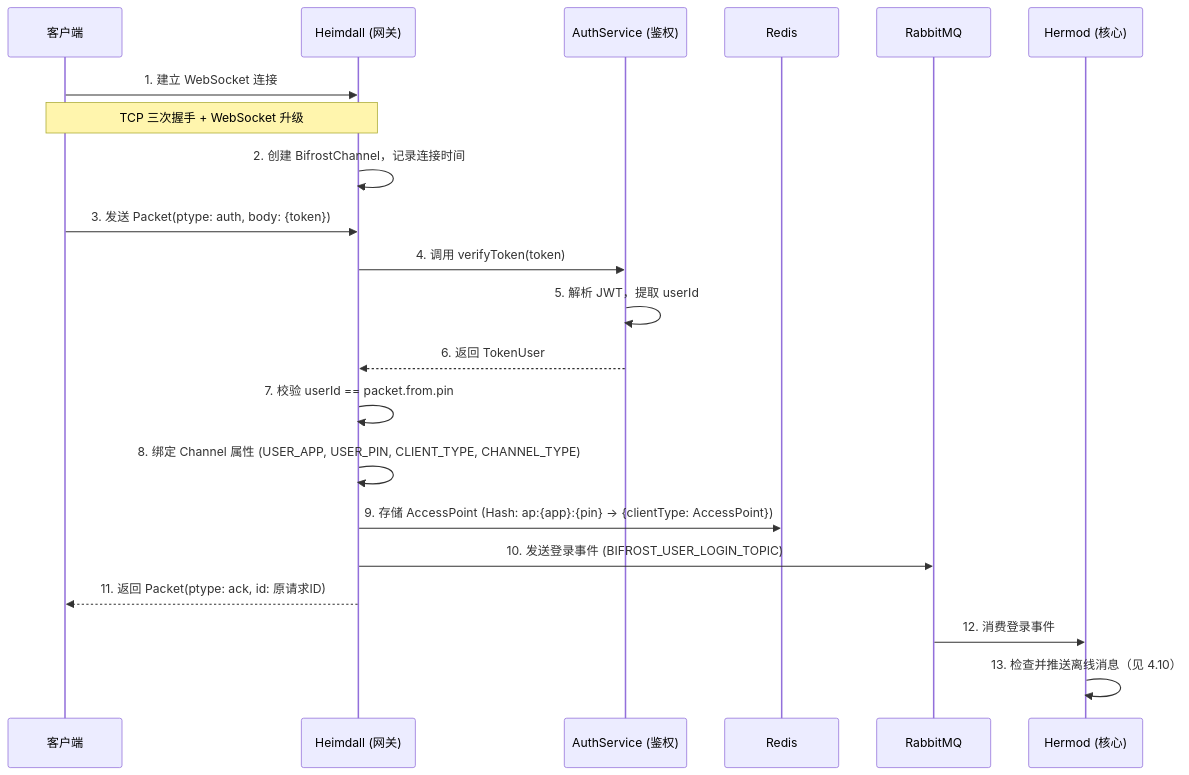
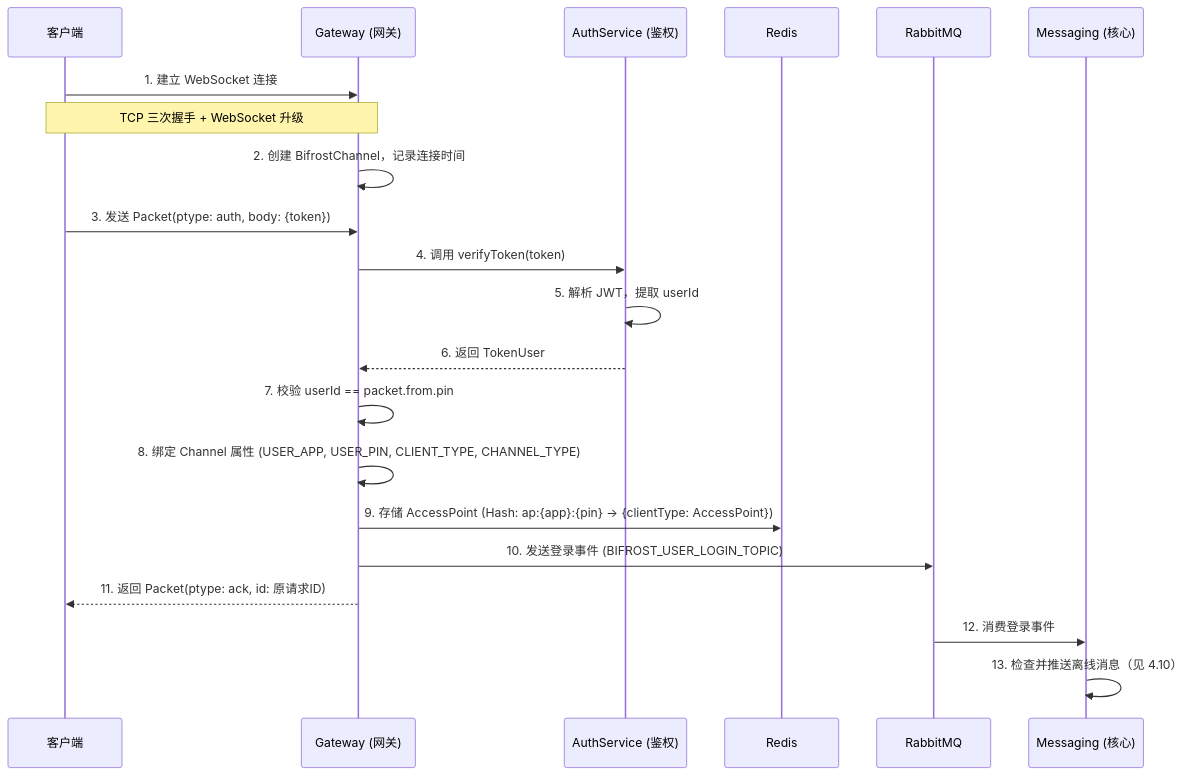
Before and after one commit to givingwu/bifrost-chat: the first of 13 diagrams in specs/bifrost-client-integration-guide.md, drawn with Mermaid. The commit also changed other lines of this file and 53 other files, not shown here.

````diff
--- a/specs/bifrost-client-integration-guide.md
+++ b/specs/bifrost-client-integration-guide.md
@@ -779,24 +779,24 @@
 ```mermaid
 sequenceDiagram
     participant C as 客户端
-    participant H as Heimdall (网关)
+    participant H as Gateway (网关)
     participant AS as AuthService (鉴权)
     participant R as Redis
     participant MQ as RabbitMQ
-    participant HM as Hermod (核心)
+    participant HM as Messaging (核心)
 
     C->>H: 1. 建立 WebSocket 连接
     Note over C, H: TCP 三次握手 + WebSocket 升级
     H->>H: 2. 创建 BifrostChannel，记录连接时间
     C->>H: 3. 发送 Packet(ptype: auth, body: {token})
     H->>AS: 4. 调用 verifyToken(token)
     AS->>AS: 5. 解析 JWT，提取 userId
     AS-->>H: 6. 返回 TokenUser
     H->>H: 7. 校验 userId == packet.from.pin
     H->>H: 8. 绑定 Channel 属性 (USER_APP, USER_PIN, CLIENT_TYPE, CHANNEL_TYPE)
     H->>R: 9. 存储 AccessPoint (Hash: ap:{app}:{pin} → {clientType: AccessPoint})
     H->>MQ: 10. 发送登录事件 (BIFROST_USER_LOGIN_TOPIC)
     H-->>C: 11. 返回 Packet(ptype: ack, id: 原请求ID)
     MQ->>HM: 12. 消费登录事件
     HM->>HM: 13. 检查并推送离线消息（见 4.10）
 ```
````
